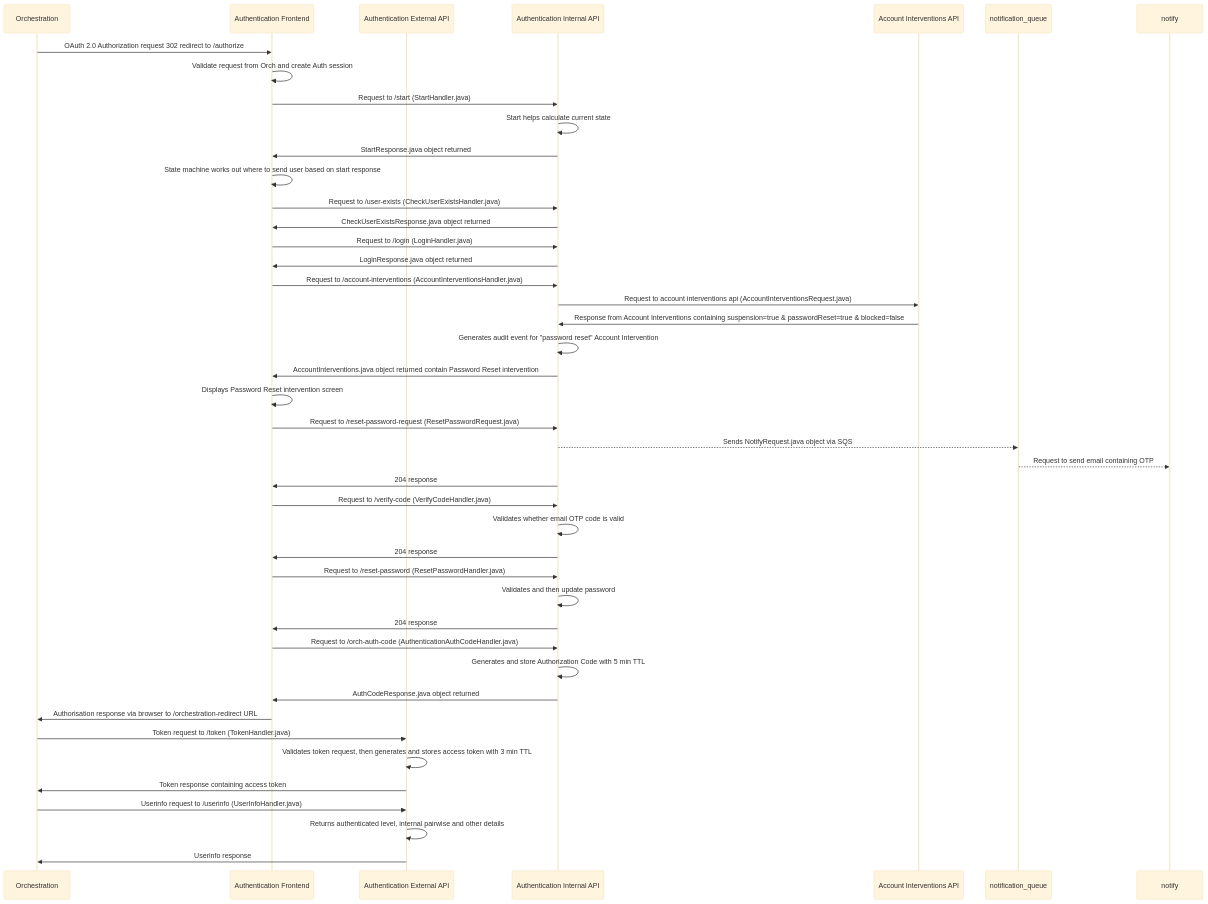
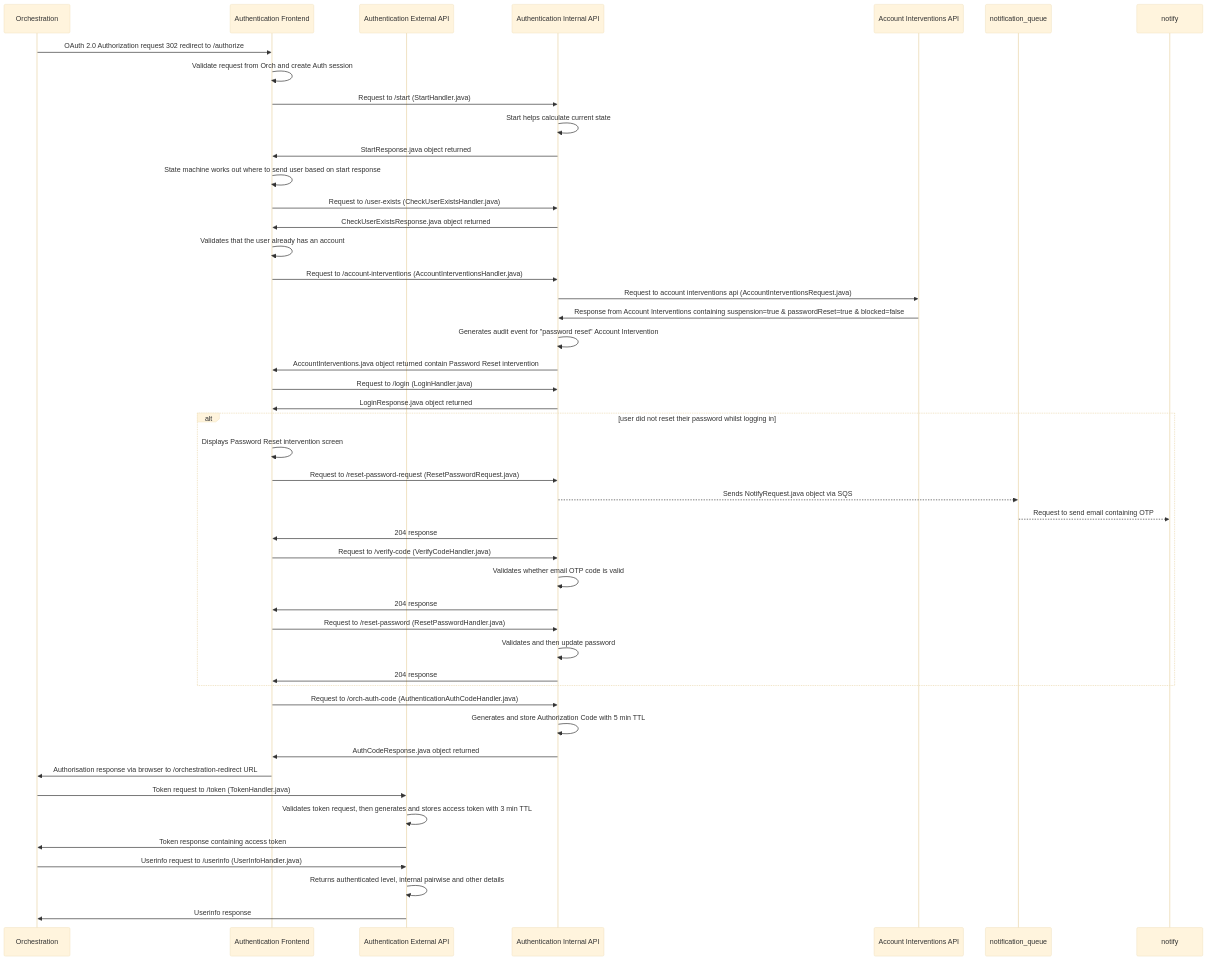
One commit to govuk-one-login/authentication-api changed the diagram in docs/diagrams/authentication/login/account-interventions/low-level/login-low-level-password-reset-intervention.mmd. Above: the diagram before and after it, drawn with Mermaid (base theme). The commit also changed 28 other files, not shown here.

First line of the commit message:
BAU - Update interventions diagram

```diff
--- a/docs/diagrams/authentication/login/account-interventions/low-level/login-low-level-password-reset-intervention.mmd
+++ b/docs/diagrams/authentication/login/account-interventions/low-level/login-low-level-password-reset-intervention.mmd
@@ -1,42 +1,45 @@
 sequenceDiagram
     participant orch_api as Orchestration
     participant auth_frontend as Authentication Frontend
     participant auth_external_api as Authentication External API
     participant auth_internal_api as Authentication Internal API
     participant account_interventions as Account Interventions API    
     orch_api ->> auth_frontend : OAuth 2.0 Authorization request 302 redirect to /authorize
     auth_frontend ->> auth_frontend : Validate request from Orch and create Auth session 
     auth_frontend ->> auth_internal_api : Request to /start (StartHandler.java)
     auth_internal_api ->> auth_internal_api : Start helps calculate current state
     auth_internal_api ->> auth_frontend : StartResponse.java object returned
     auth_frontend ->> auth_frontend : State machine works out where to send user based on start response
     auth_frontend ->> auth_internal_api : Request to /user-exists (CheckUserExistsHandler.java)
     auth_internal_api ->> auth_frontend: CheckUserExistsResponse.java object returned
-    auth_frontend ->> auth_internal_api : Request to /login (LoginHandler.java)
-    auth_internal_api ->> auth_frontend: LoginResponse.java object returned
+    auth_frontend ->> auth_frontend: Validates that the user already has an account
     auth_frontend ->> auth_internal_api : Request to /account-interventions (AccountInterventionsHandler.java)
     auth_internal_api ->> account_interventions : Request to account interventions api (AccountInterventionsRequest.java)
     account_interventions ->> auth_internal_api : Response from Account Interventions containing suspension=true & passwordReset=true & blocked=false
     auth_internal_api ->> auth_internal_api : Generates audit event for "password reset" Account Intervention
     auth_internal_api ->> auth_frontend: AccountInterventions.java object returned contain Password Reset intervention
-    auth_frontend ->> auth_frontend : Displays Password Reset intervention screen
-    auth_frontend ->> auth_internal_api : Request to /reset-password-request (ResetPasswordRequest.java)
-    auth_internal_api -->> notification_queue : Sends NotifyRequest.java object via SQS
-    notification_queue -->> notify : Request to send email containing OTP 
-    auth_internal_api ->> auth_frontend: 204 response
-    auth_frontend ->> auth_internal_api : Request to /verify-code (VerifyCodeHandler.java)
-    auth_internal_api ->> auth_internal_api : Validates whether email OTP code is valid
-    auth_internal_api ->> auth_frontend: 204 response
-    auth_frontend ->> auth_internal_api : Request to /reset-password (ResetPasswordHandler.java)
-    auth_internal_api ->> auth_internal_api : Validates and then update password
-    auth_internal_api ->> auth_frontend: 204 response
+    auth_frontend ->> auth_internal_api : Request to /login (LoginHandler.java)
+    auth_internal_api ->> auth_frontend: LoginResponse.java object returned
+    alt user did not reset their password whilst logging in
+        auth_frontend ->> auth_frontend : Displays Password Reset intervention screen
+        auth_frontend ->> auth_internal_api : Request to /reset-password-request (ResetPasswordRequest.java)
+        auth_internal_api -->> notification_queue : Sends NotifyRequest.java object via SQS
+        notification_queue -->> notify : Request to send email containing OTP 
+        auth_internal_api ->> auth_frontend: 204 response
+        auth_frontend ->> auth_internal_api : Request to /verify-code (VerifyCodeHandler.java)
+        auth_internal_api ->> auth_internal_api : Validates whether email OTP code is valid
+        auth_internal_api ->> auth_frontend: 204 response
+        auth_frontend ->> auth_internal_api : Request to /reset-password (ResetPasswordHandler.java)
+        auth_internal_api ->> auth_internal_api : Validates and then update password
+        auth_internal_api ->> auth_frontend: 204 response
+    end
     auth_frontend ->> auth_internal_api : Request to /orch-auth-code (AuthenticationAuthCodeHandler.java)
     auth_internal_api ->> auth_internal_api : Generates and store Authorization Code with 5 min TTL
     auth_internal_api ->> auth_frontend: AuthCodeResponse.java object returned
     auth_frontend ->> orch_api : Authorisation response via browser to /orchestration-redirect URL
     orch_api ->> auth_external_api: Token request to /token (TokenHandler.java)
     auth_external_api ->> auth_external_api : Validates token request, then generates and stores access token with 3 min TTL
     auth_external_api ->> orch_api : Token response containing access token
     orch_api ->> auth_external_api: Userinfo request to /userinfo (UserInfoHandler.java)
     auth_external_api ->> auth_external_api: Returns authenticated level, internal pairwise and other details
     auth_external_api ->> orch_api : Userinfo response
```
